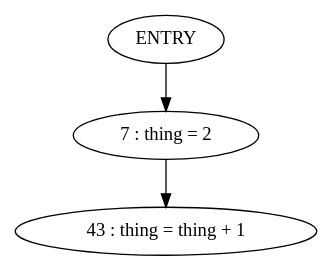
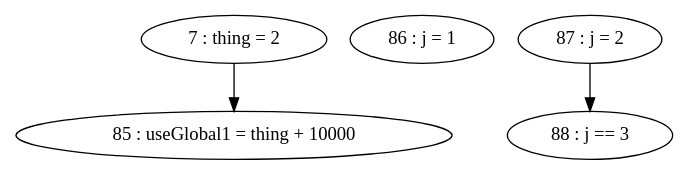
One commit to thomassimko/thesis-code-duplication changed the diagram in pdg/source/testFile-methodWithManyArgs.gv. Above: the diagram before and after it, drawn with Graphviz. The commit also changed 113 other files, not shown here.

```diff
--- a/pdg/source/testFile-methodWithManyArgs.gv
+++ b/pdg/source/testFile-methodWithManyArgs.gv
@@ -1,5 +1,9 @@
 digraph G {
 "7 : thing = 2"
-"7 : thing = 2" -> "43 : thing = thing + 1"
-ENTRY -> "7 : thing = 2"
+"7 : thing = 2" -> "85 : useGlobal1 = thing + 10000"
+"85 : useGlobal1 = thing + 10000"
+"86 : j = 1"
+"87 : j = 2"
+"87 : j = 2" -> "88 : j == 3"
+"88 : j == 3"
 }
```
